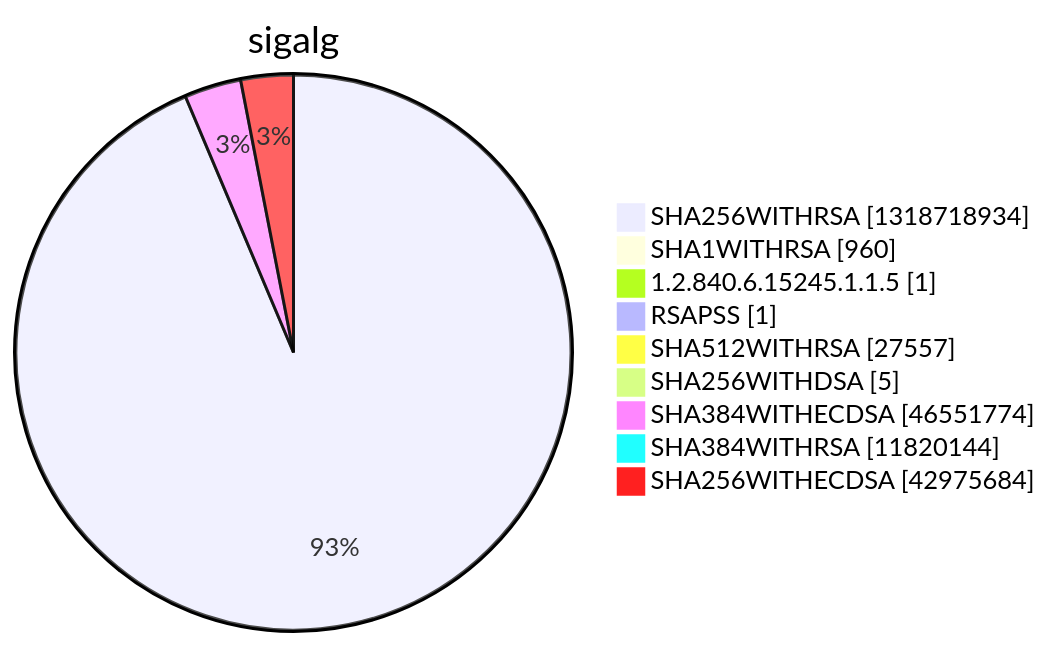
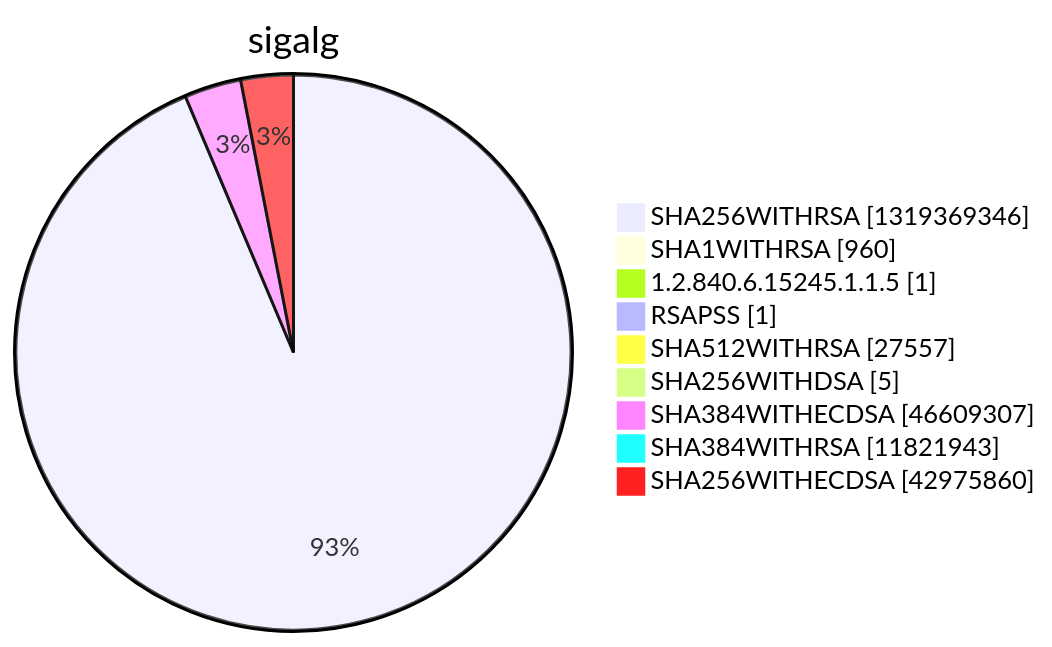
Diagram 15 of 15 in argon2022/README.md (christiankrug/ctmonitor_visualization), drawn with Mermaid before and after one commit. The commit also changed other lines of this file, not shown here.

````diff
--- a/argon2022/README.md
+++ b/argon2022/README.md
@@ -5524,13 +5524,13 @@
 ```mermaid
 pie showData
 title sigalg
-"SHA256WITHRSA" :1318718934
+"SHA256WITHRSA" :1319369346
 "SHA1WITHRSA" :960
 "1.2.840.6.15245.1.1.5" :1
 "RSAPSS" :1
 "SHA512WITHRSA" :27557
 "SHA256WITHDSA" :5
-"SHA384WITHECDSA" :46551774
-"SHA384WITHRSA" :11820144
-"SHA256WITHECDSA" :42975684
+"SHA384WITHECDSA" :46609307
+"SHA384WITHRSA" :11821943
+"SHA256WITHECDSA" :42975860
 ```
````
